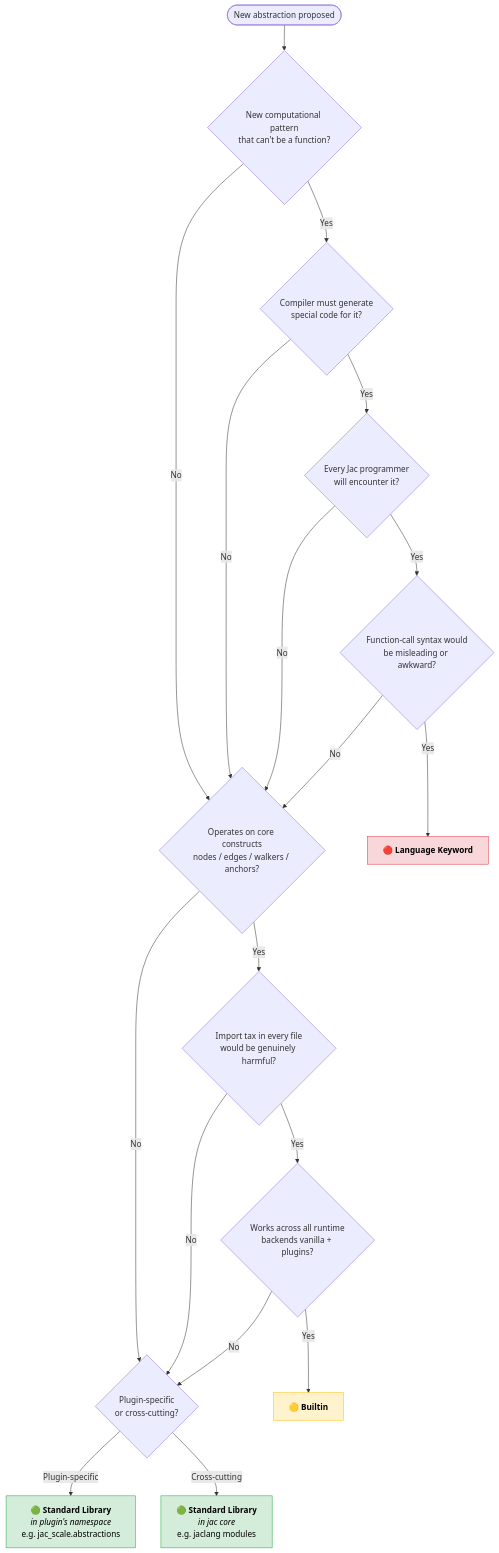
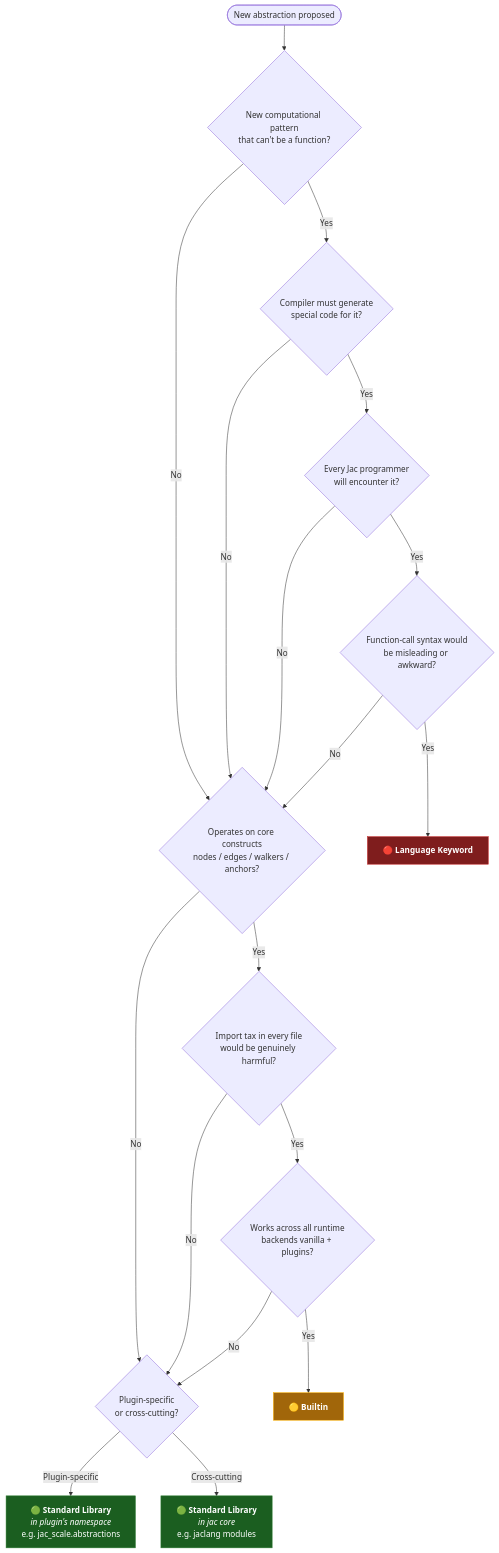
The fourth of 4 diagrams in docs/blog/posts/designing_new_abstractions_for_jac.md (jaseci-labs/jaseci-blogs), drawn with Mermaid before and after one commit. The commit also changed other lines of this file, not shown here.

First line of the commit message:
fix: mermaid diagram contrast in dark mode

````diff
--- a/docs/blog/posts/designing_new_abstractions_for_jac.md
+++ b/docs/blog/posts/designing_new_abstractions_for_jac.md
@@ -270,36 +274,36 @@
 ```mermaid
 flowchart TD
     Start([New abstraction proposed]) --> Q1
 
     Q1{New computational pattern<br/>that can't be a function?}
     Q1 -- Yes --> Q2{Compiler must generate<br/>special code for it?}
     Q1 -- No --> Q5
 
     Q2 -- Yes --> Q3{Every Jac programmer<br/>will encounter it?}
     Q2 -- No --> Q5
 
     Q3 -- Yes --> Q4{Function-call syntax would<br/>be misleading or awkward?}
     Q3 -- No --> Q5
 
     Q4 -- Yes --> KW["🔴 <b>Language Keyword</b>"]
     Q4 -- No --> Q5
 
     Q5{Operates on core constructs<br/>nodes / edges / walkers / anchors?}
     Q5 -- Yes --> Q6{Import tax in every file<br/>would be genuinely harmful?}
     Q5 -- No --> Q8
 
     Q6 -- Yes --> Q7{Works across all runtime<br/>backends vanilla + plugins?}
     Q6 -- No --> Q8
 
     Q7 -- Yes --> BI["🟡 <b>Builtin</b>"]
     Q7 -- No --> Q8
 
     Q8{Plugin-specific<br/>or cross-cutting?}
     Q8 -- "Plugin-specific" --> PL["🟢 <b>Standard Library</b><br/><i>in plugin's namespace</i><br/>e.g. jac_scale.abstractions"]
     Q8 -- "Cross-cutting" --> SL["🟢 <b>Standard Library</b><br/><i>in jac core</i><br/>e.g. jaclang modules"]
 
-    style KW fill:#f8d7da,stroke:#dc3545,color:#000
-    style BI fill:#fff3cd,stroke:#ffc107,color:#000
-    style SL fill:#d4edda,stroke:#28a745,color:#000
-    style PL fill:#d4edda,stroke:#28a745,color:#000
+    style KW fill:#7f1d1d,stroke:#c62828,color:#ffffff
+    style BI fill:#a1660a,stroke:#ffb300,color:#ffffff
+    style SL fill:#1b5e20,stroke:#2e7d32,color:#ffffff
+    style PL fill:#1b5e20,stroke:#2e7d32,color:#ffffff
 ```
````
